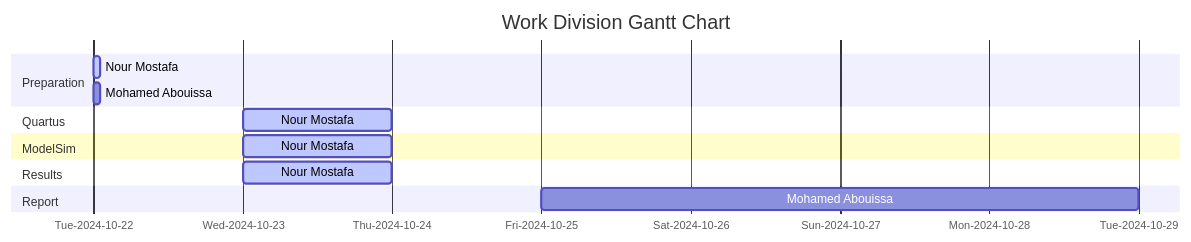
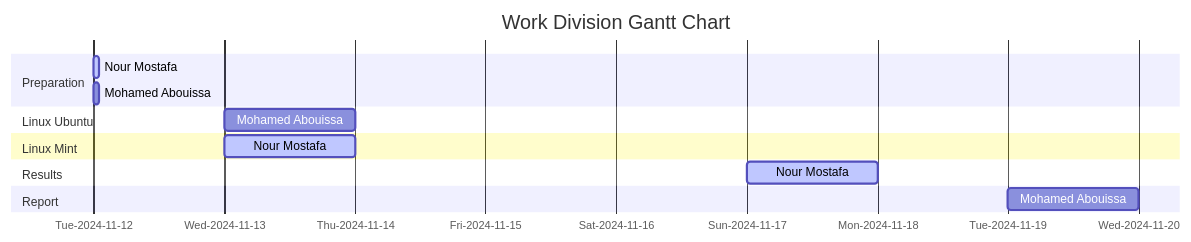
One commit to MONO-1223/AURAK-CENG336-ComputerArchitectureLab changed the diagram in Lab 08 - Understanding Cache Memories/README.md. Above: the diagram before and after it, drawn with Mermaid. The commit also changed other lines of this file, not shown here.

Commit message:
anchor text - pics layout

````diff
--- a/Lab 08 - Understanding Cache Memories/README.md
+++ b/Lab 08 - Understanding Cache Memories/README.md
@@ -1152,18 +1152,18 @@
 ```mermaid
 gantt
     title Work Division Gantt Chart
     tickInterval 1day
     todayMarker off
     axisFormat %a-%Y-%m-%d
     section Preparation         
-        Nour Mostafa : active, 2024-10-22 00:00, 01h
-        Mohamed Abouissa : 2024-10-22 00:00, 01h
-    section Quartus         
-        Nour Mostafa : active, 2024-10-23 00:00, 1d
-    section ModelSim       
-        Nour Mostafa : active,2024-10-23 00:00, 1d
+        Nour Mostafa : active, 2024-11-12 00:00, 01h
+        Mohamed Abouissa : 2024-11-12 00:00, 01h
+    section Linux Ubuntu         
+        Mohamed Abouissa : 2024-11-13 00:00, 1d
+    section Linux Mint       
+        Nour Mostafa : active,2024-11-13 00:00, 1d
     section Results       
-        Nour Mostafa : active,2024-10-23 00:00, 1d
+        Nour Mostafa : active,2024-11-17 00:00, 1d
     section Report
-        Mohamed Abouissa : 2024-10-25 00:00, 4d
+        Mohamed Abouissa : 2024-11-19 00:00, 1d
 ```
````
